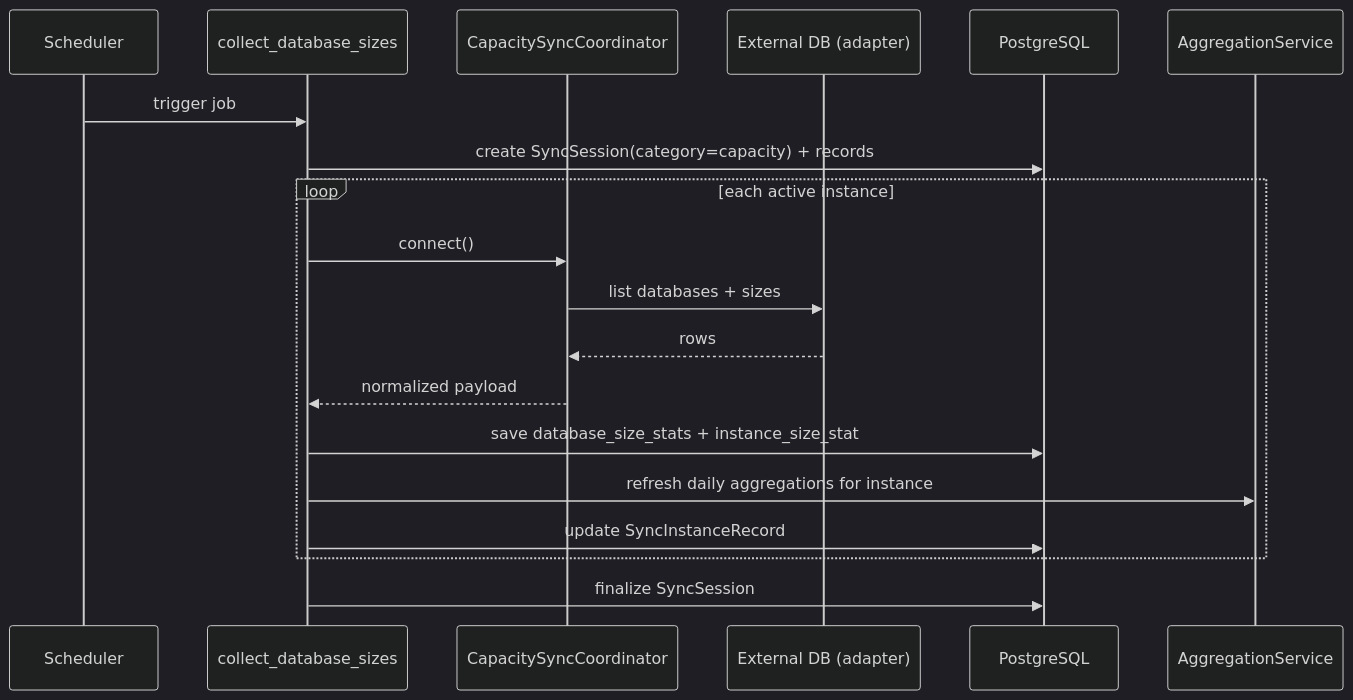
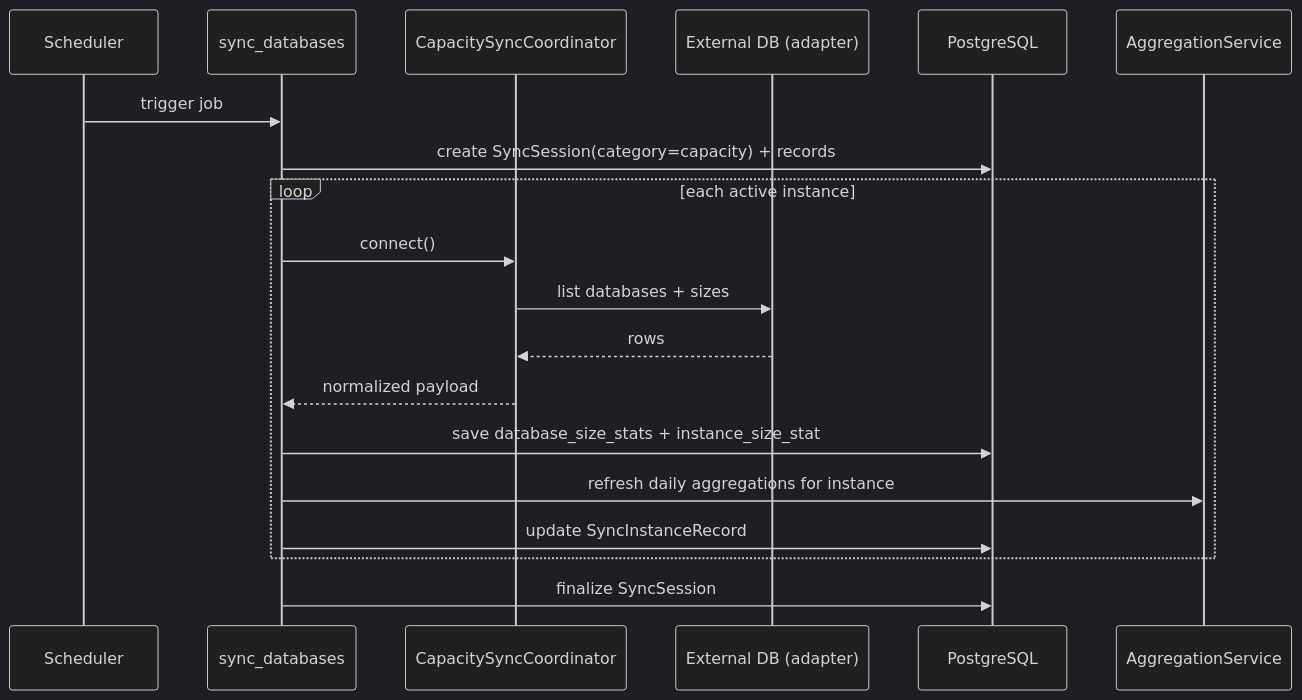
The tenth of 13 diagrams in docs/Obsidian/architecture/spec.md (nyealovey/WhaleFall), drawn with Mermaid (dark theme) before and after one commit. The commit also changed other lines of this file and 31 other files, not shown here.

````diff
--- a/docs/Obsidian/architecture/spec.md
+++ b/docs/Obsidian/architecture/spec.md
@@ -412,24 +412,24 @@
 ```mermaid
 sequenceDiagram
     participant Sch as Scheduler
-    participant Task as collect_database_sizes
+    participant Task as sync_databases
     participant Sync as CapacitySyncCoordinator
     participant Ext as External DB (adapter)
     participant DB as PostgreSQL
     participant Agg as AggregationService
 
     Sch->>Task: trigger job
     Task->>DB: create SyncSession(category=capacity) + records
 
     loop each active instance
         Task->>Sync: connect()
         Sync->>Ext: list databases + sizes
         Ext-->>Sync: rows
         Sync-->>Task: normalized payload
         Task->>DB: save database_size_stats + instance_size_stat
         Task->>Agg: refresh daily aggregations for instance
         Task->>DB: update SyncInstanceRecord
     end
 
     Task->>DB: finalize SyncSession
 ```
````
